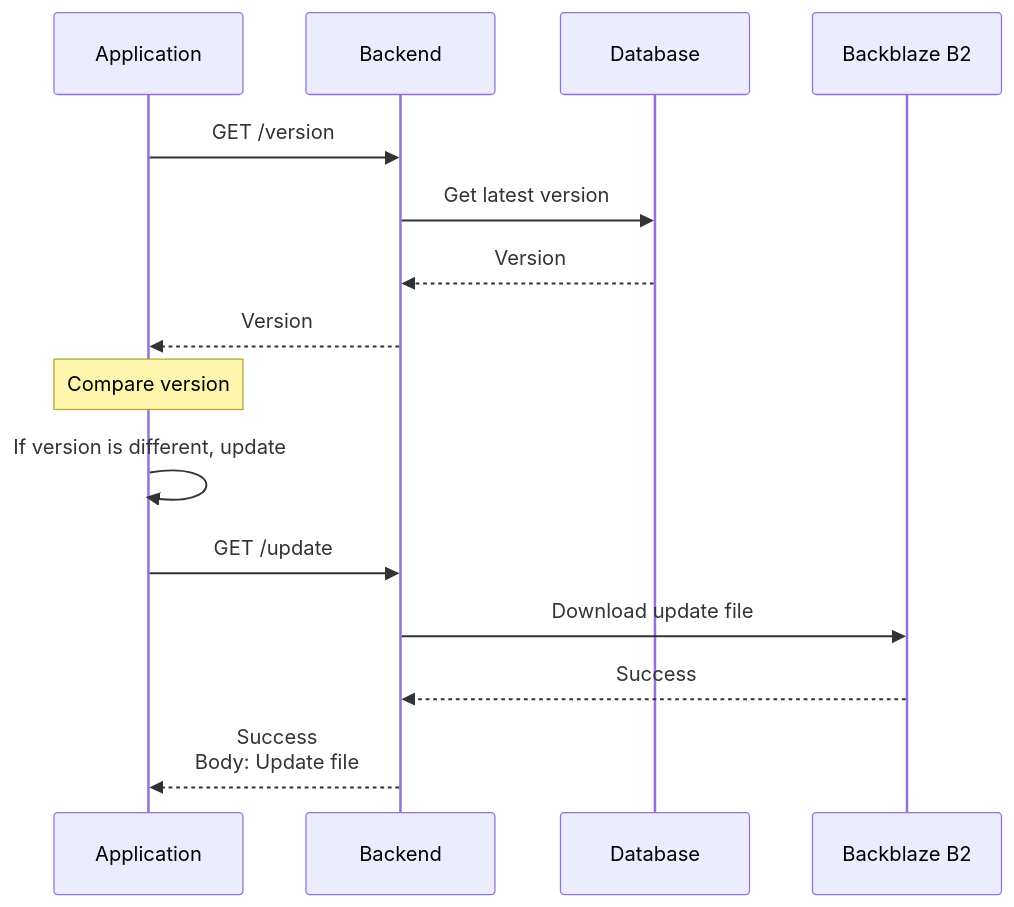
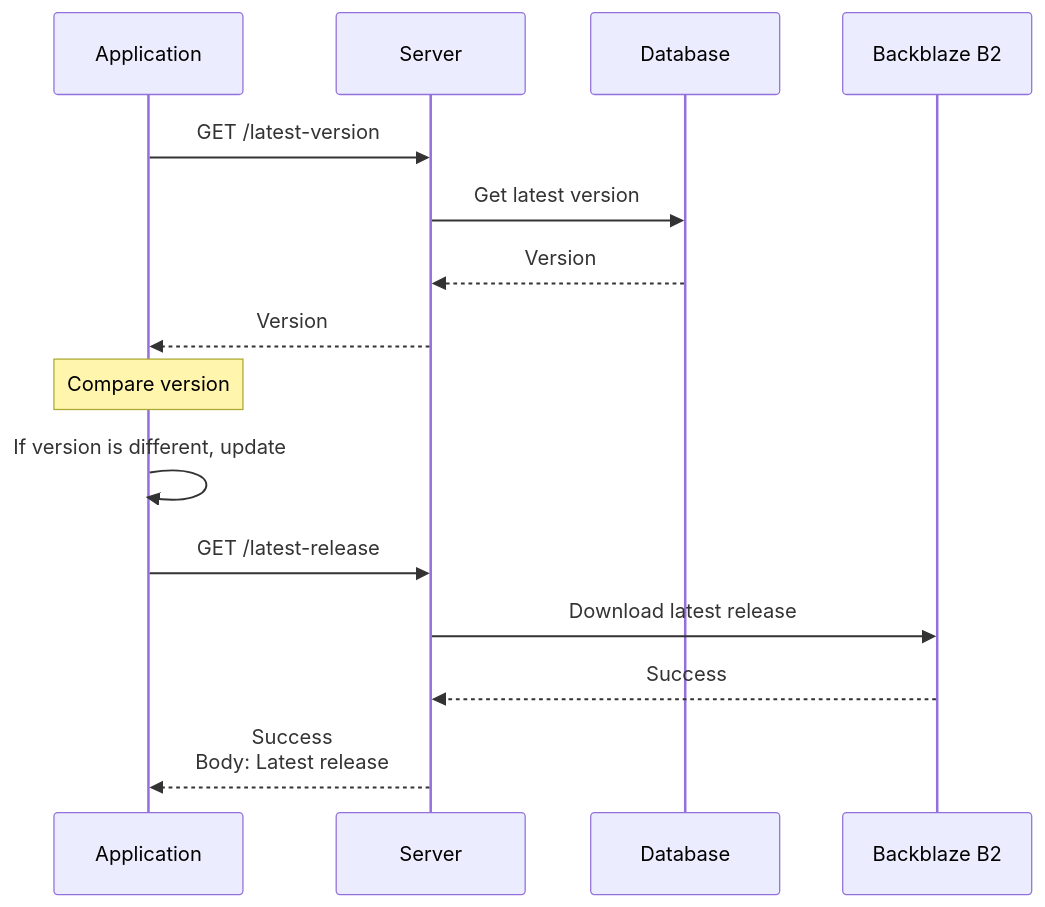
Before and after one commit to BTI-US/PhotoEditor-Server: the fourth of 7 diagrams in README.md, drawn with Mermaid. The commit also changed other lines of this file and 6 other files, not shown here.

````diff
--- a/README.md
+++ b/README.md
@@ -68,18 +84,18 @@
 ```mermaid
 sequenceDiagram
     participant APP as Application
-    participant BE as Backend
+    participant BE as Server
     participant DB as Database
     participant B2 as Backblaze B2
 
-    APP->>BE: GET /version
+    APP->>BE: GET /latest-version
     BE->>DB: Get latest version
     DB-->>BE: Version
     BE-->>APP: Version
     note over APP: Compare version
     APP->>APP: If version is different, update
-    APP->>BE: GET /update
-    BE->>B2: Download update file
+    APP->>BE: GET /latest-release
+    BE->>B2: Download latest release
     B2-->>BE: Success
-    BE-->>APP: Success <br>Body: Update file
+    BE-->>APP: Success <br>Body: Latest release
 ```
````
